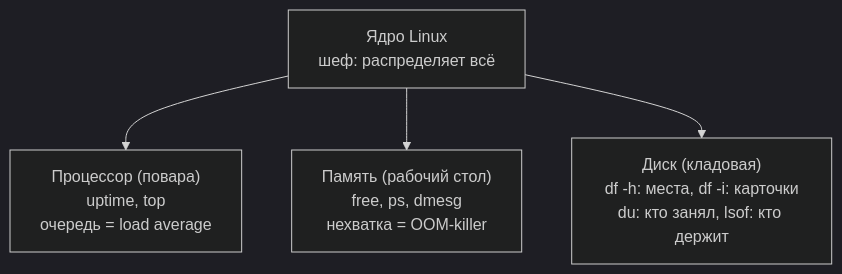
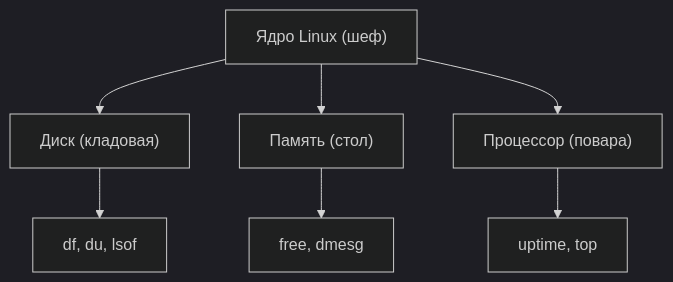
One commit to distinguished-sre/learning changed the first of 4 diagrams in devops/01-linux/05-disk-memory-cpu.md. Above: the diagram before and after it, drawn with Mermaid (dark theme). The commit also changed other lines of this file and 462 other files, not shown here.

````diff
--- a/devops/01-linux/05-disk-memory-cpu.md
+++ b/devops/01-linux/05-disk-memory-cpu.md
@@ -45,6 +53,9 @@
 ```mermaid
 flowchart TD
-    K["Ядро Linux<br>шеф: распределяет всё"] --> CPU["Процессор (повара)<br>uptime, top<br>очередь = load average"]
-    K --> MEM["Память (рабочий стол)<br>free, ps, dmesg<br>нехватка = OOM-killer"]
-    K --> DSK["Диск (кладовая)<br>df -h: места, df -i: карточки<br>du: кто занял, lsof: кто держит"]
+    K["Ядро Linux (шеф)"] --> DSK["Диск (кладовая)"]
+    K --> MEM["Память (стол)"]
+    K --> CPU["Процессор (повара)"]
+    DSK --> D1["df, du, lsof"]
+    MEM --> M1["free, dmesg"]
+    CPU --> C1["uptime, top"]
 ```
````
